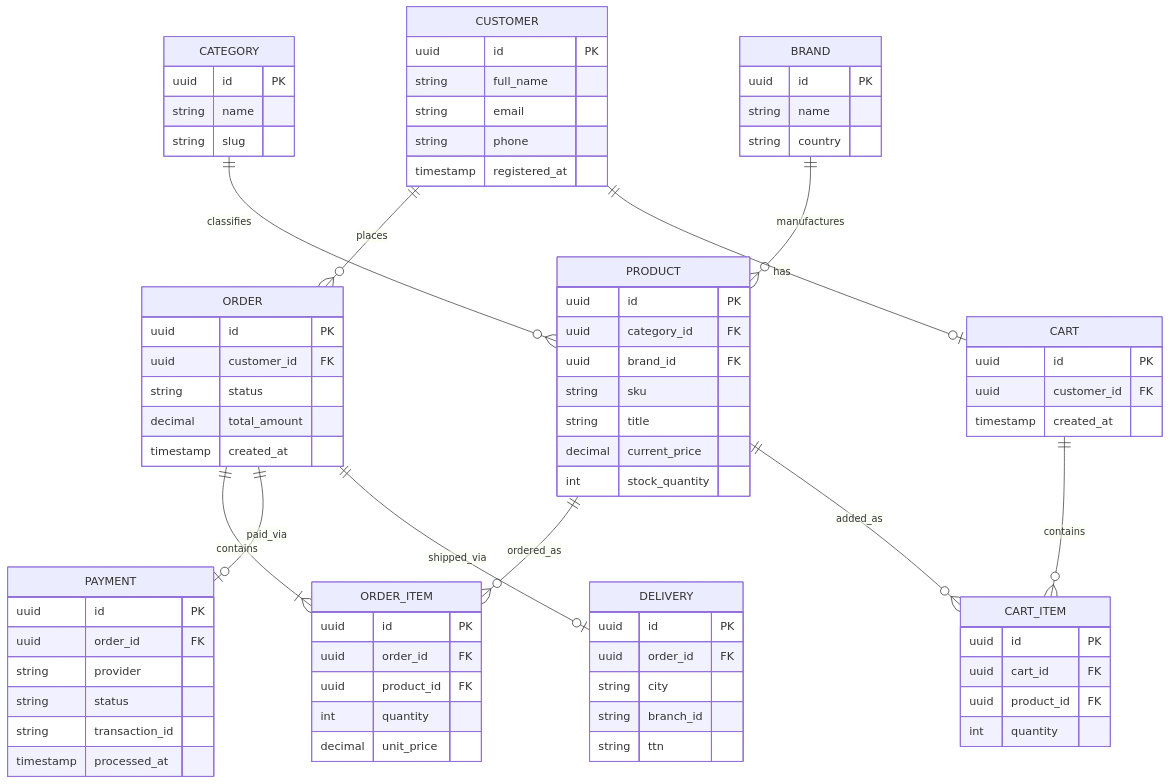
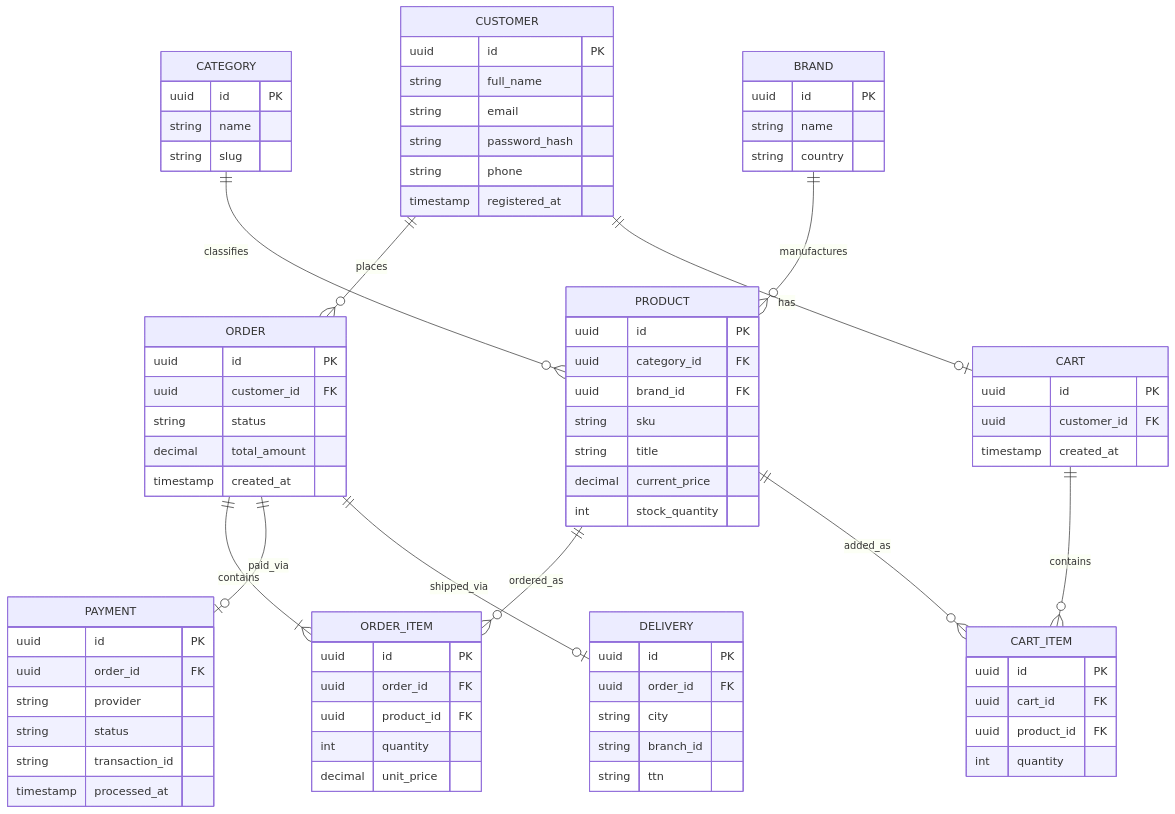
Before and after one commit to AlegZabivnoy/Software-engineering-components-2-: the diagram in diagram.mmd, drawn with Mermaid. The commit also changed 5 other files, not shown here.

```diff
--- a/diagram.mmd
+++ b/diagram.mmd
@@ -1,88 +1,89 @@
 erDiagram
 
 CUSTOMER ||--o{ ORDER : places
 ORDER ||--|{ ORDER_ITEM : contains
 PRODUCT ||--o{ ORDER_ITEM : ordered_as
 CATEGORY ||--o{ PRODUCT : classifies
 BRAND ||--o{ PRODUCT : manufactures
 CUSTOMER ||--o| CART : has
 CART ||--o{ CART_ITEM : contains
 PRODUCT ||--o{ CART_ITEM : added_as
 ORDER ||--o| PAYMENT : paid_via
 ORDER ||--o| DELIVERY : shipped_via
 
 CUSTOMER {
     uuid id PK
     string full_name
     string email
+    string password_hash
     string phone
     timestamp registered_at
 }
 
 ORDER {
     uuid id PK
     uuid customer_id FK
     string status
     decimal total_amount
     timestamp created_at
 }
 
 ORDER_ITEM {
     uuid id PK
     uuid order_id FK
     uuid product_id FK
     int quantity
     decimal unit_price
 }
 
 PRODUCT {
     uuid id PK
     uuid category_id FK
     uuid brand_id FK
     string sku
     string title
     decimal current_price
     int stock_quantity
 }
 
 CATEGORY {
     uuid id PK
     string name
     string slug
 }
 
 BRAND {
     uuid id PK
     string name
     string country
 }
 
 CART {
     uuid id PK
     uuid customer_id FK
     timestamp created_at
 }
 
 CART_ITEM {
     uuid id PK
     uuid cart_id FK
     uuid product_id FK
     int quantity
 }
 
 PAYMENT {
     uuid id PK
     uuid order_id FK
     string provider
     string status
     string transaction_id
     timestamp processed_at
 }
 
 DELIVERY {
     uuid id PK
     uuid order_id FK
     string city
     string branch_id
     string ttn
 }
```
